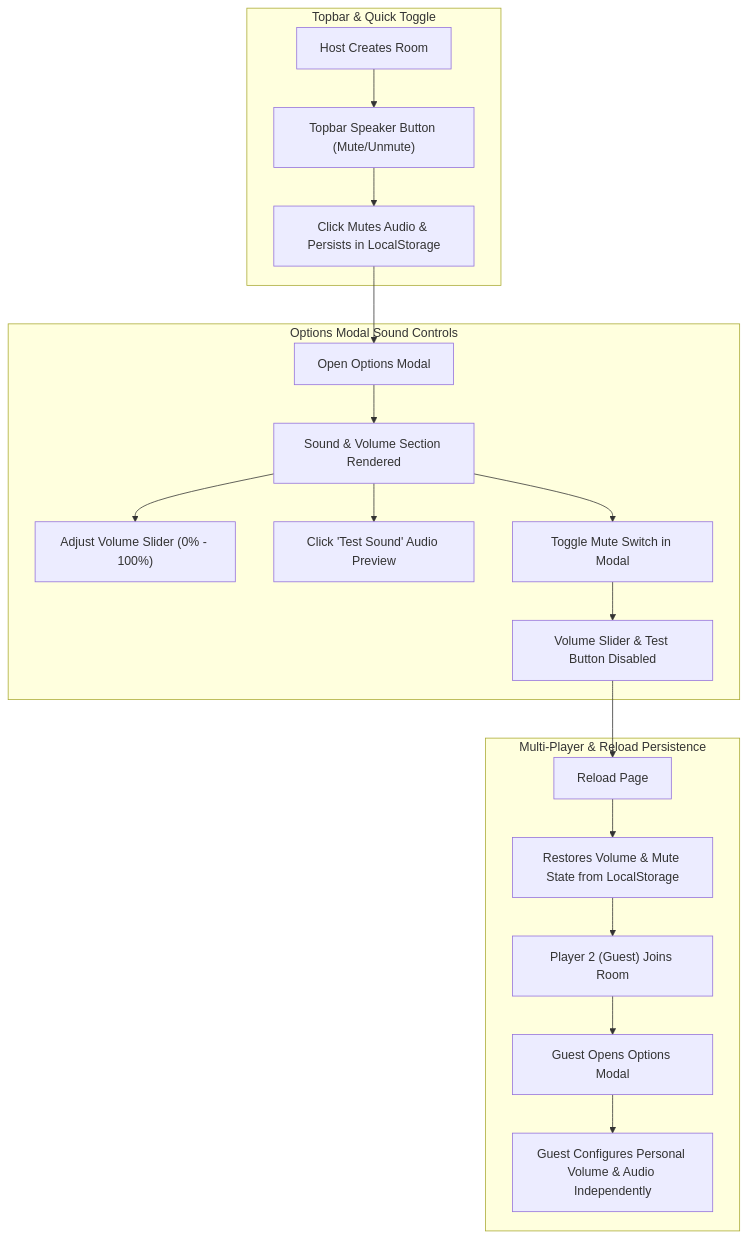
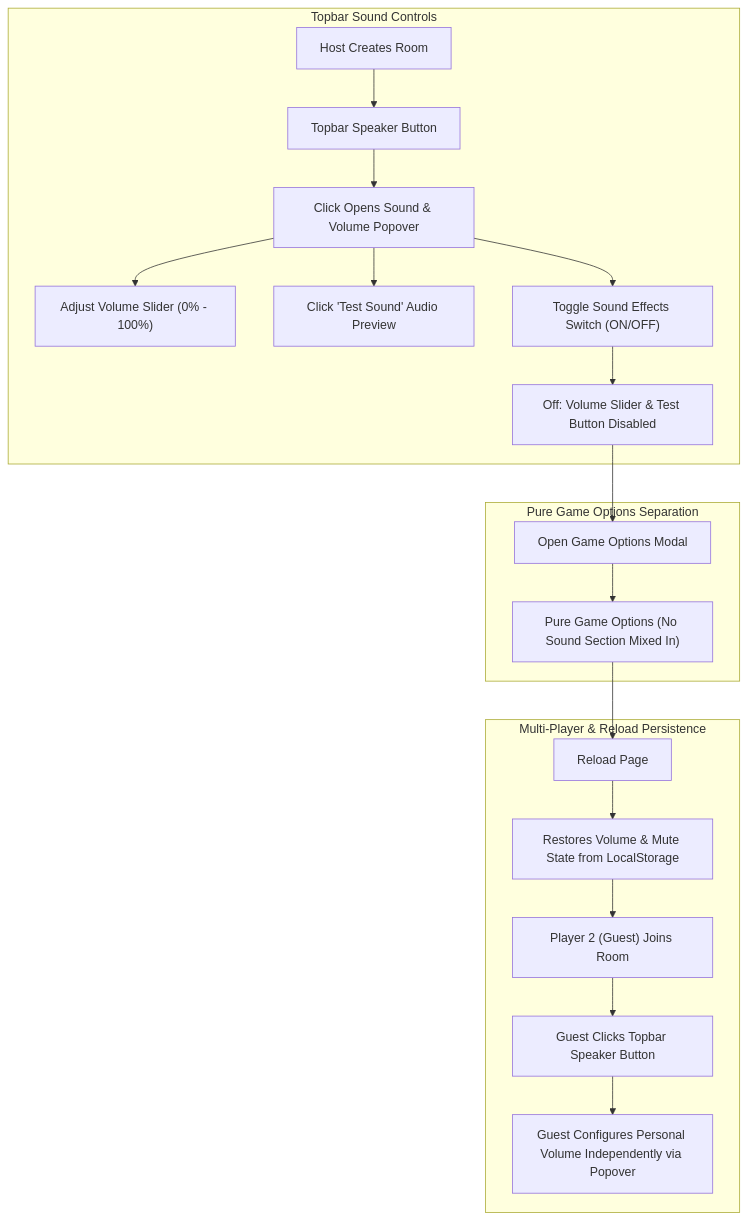
Diagram 34 of 37 in docs/E2E_FLOWS.md (JAM-Productions/inkpostor-frontend), drawn with Mermaid before and after one commit. The commit also changed 11 other files, not shown here.

````diff
--- a/docs/E2E_FLOWS.md
+++ b/docs/E2E_FLOWS.md
@@ -411,25 +411,25 @@
 ```mermaid
 flowchart TD
-    subgraph Topbar & Quick Toggle
-        HostStart["Host Creates Room"] --> TopbarAudio["Topbar Speaker Button (Mute/Unmute)"]
-        TopbarAudio --> QuickMute["Click Mutes Audio & Persists in LocalStorage"]
+    subgraph Topbar Sound Controls
+        HostStart["Host Creates Room"] --> TopbarAudio["Topbar Speaker Button"]
+        TopbarAudio --> OpenPopover["Click Opens Sound & Volume Popover"]
+        OpenPopover --> Slider["Adjust Volume Slider (0% - 100%)"]
+        OpenPopover --> TestBtn["Click 'Test Sound' Audio Preview"]
+        OpenPopover --> MasterSwitch["Toggle Sound Effects Switch (ON/OFF)"]
+        MasterSwitch --> MuteDisable["Off: Volume Slider & Test Button Disabled"]
     end
 
-    subgraph Options Modal Sound Controls
-        OpenOptions["Open Options Modal"] --> SoundSec["Sound & Volume Section Rendered"]
-        SoundSec --> Slider["Adjust Volume Slider (0% - 100%)"]
-        SoundSec --> TestBtn["Click 'Test Sound' Audio Preview"]
-        SoundSec --> ModalMute["Toggle Mute Switch in Modal"]
-        ModalMute --> DisableSlider["Volume Slider & Test Button Disabled"]
+    subgraph Pure Game Options Separation
+        OpenGameOptions["Open Game Options Modal"] --> CheckNoSound["Pure Game Options (No Sound Section Mixed In)"]
     end
 
     subgraph Multi-Player & Reload Persistence
         PageReload["Reload Page"] --> RestoreSettings["Restores Volume & Mute State from LocalStorage"]
-        GuestJoin["Player 2 (Guest) Joins Room"] --> GuestOptions["Guest Opens Options Modal"]
-        GuestOptions --> GuestIndependentAudio["Guest Configures Personal Volume & Audio Independently"]
+        GuestJoin["Player 2 (Guest) Joins Room"] --> GuestTopbar["Guest Clicks Topbar Speaker Button"]
+        GuestTopbar --> GuestIndependentAudio["Guest Configures Personal Volume Independently via Popover"]
     end
 
-    QuickMute --> OpenOptions
-    DisableSlider --> PageReload
+    MuteDisable --> OpenGameOptions
+    CheckNoSound --> PageReload
     RestoreSettings --> GuestJoin
 ```
````
